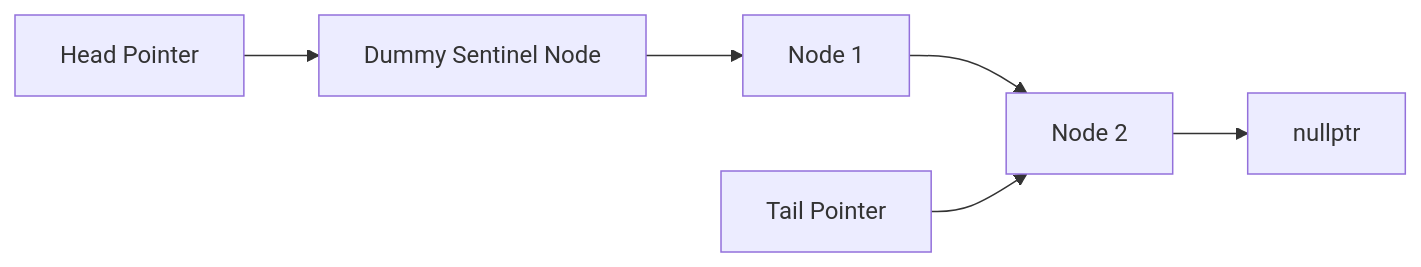
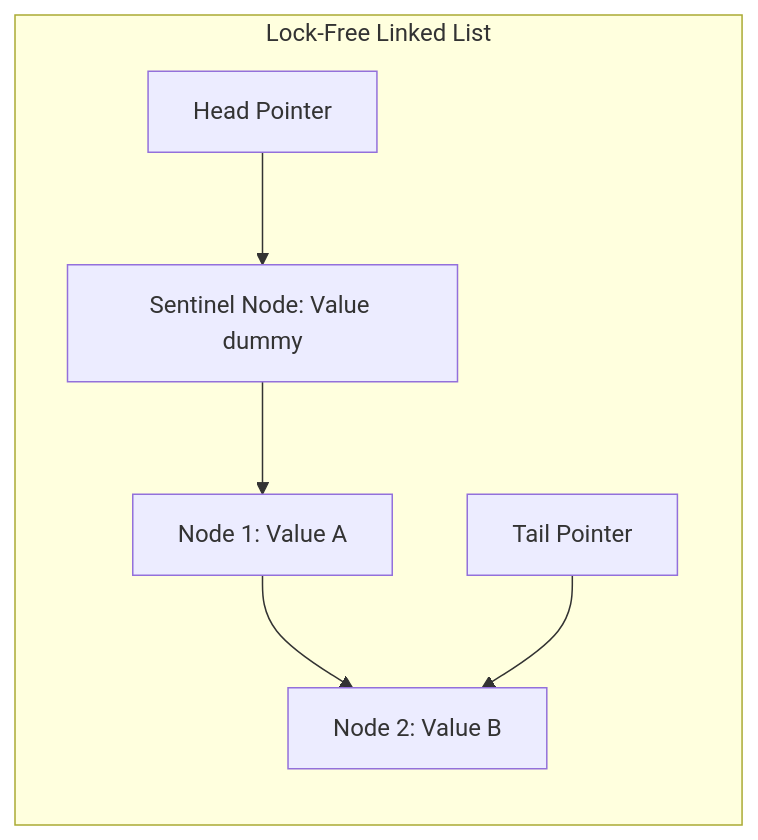
The diagram in docs/lock-free-queue-michael-scott.md (isihussain/developer-handbook), drawn with Mermaid before and after one commit. The commit also changed other lines of this file, not shown here.

Commit message:
docs: add Michael & Scott lock-free concurrent queue cheat sheet (#415)

````diff
--- a/docs/lock-free-queue-michael-scott.md
+++ b/docs/lock-free-queue-michael-scott.md
@@ -5,8 +5,9 @@
 ```mermaid
-graph LR
-    Head[Head Pointer] --> D[Dummy Sentinel Node]
-    D --> N1[Node 1]
-    N1 --> N2[Node 2]
-    Tail[Tail Pointer] --> N2
-    N2 --> NULL[nullptr]
+flowchart LR
+    subgraph Queue[Lock-Free Linked List]
+        Head[Head Pointer] --> S[Sentinel Node: Value dummy]
+        S --> N1[Node 1: Value A]
+        N1 --> N2[Node 2: Value B]
+        Tail[Tail Pointer] --> N2
+    end
 ```
````
